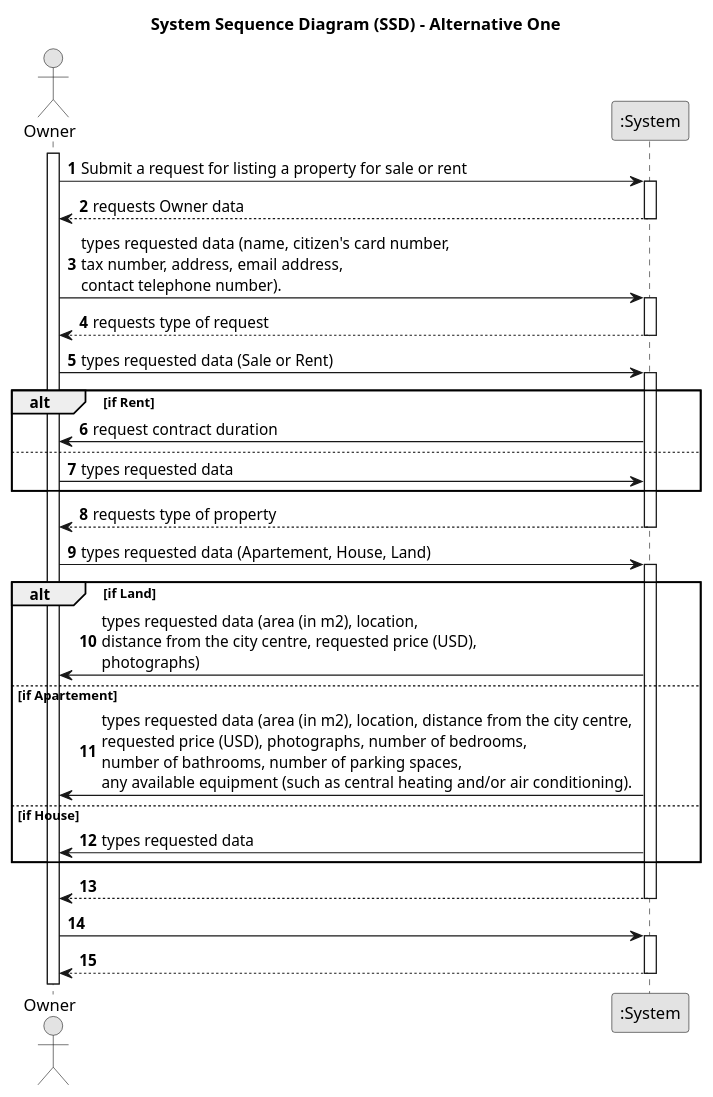
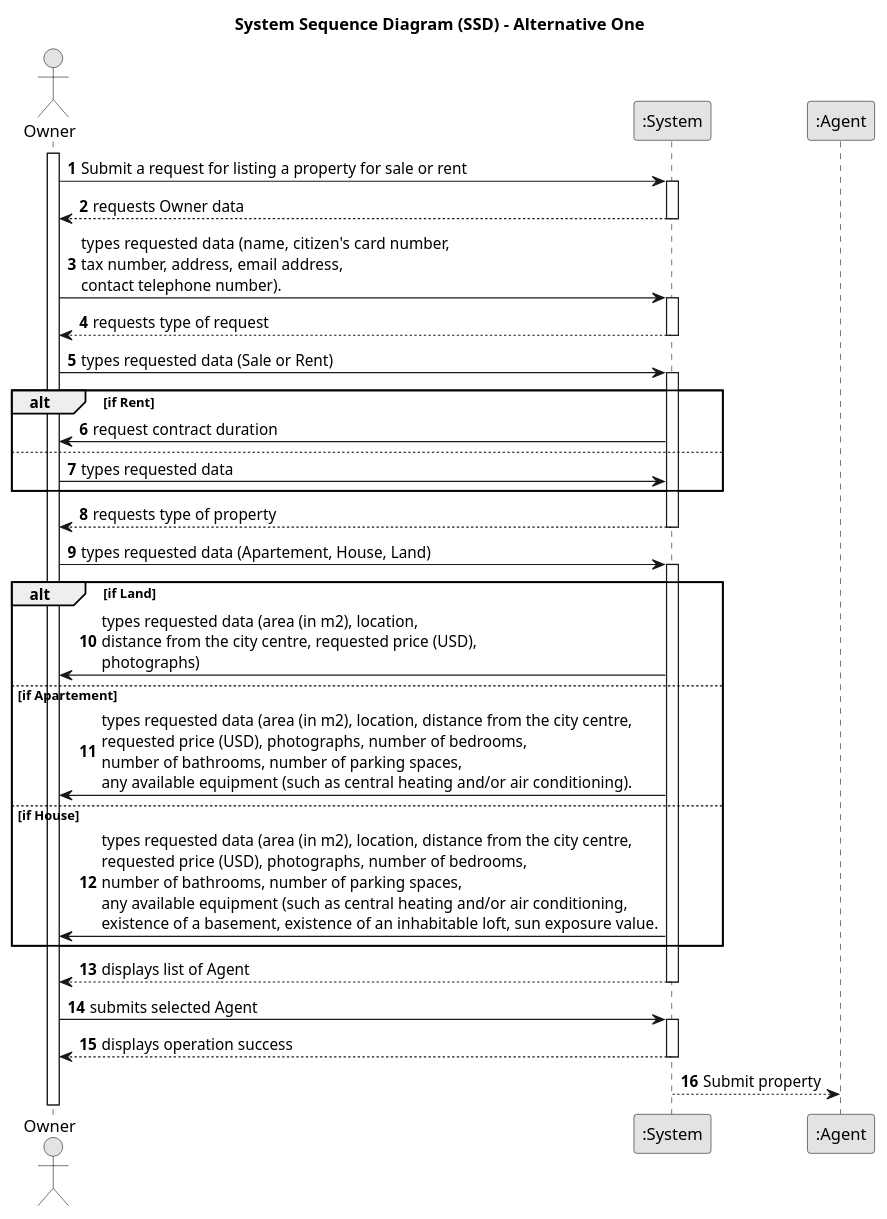
The diagram in docs/sprintA/us004/01.requirements-engineering/puml/us004-system-sequence-diagram-alternative-one.puml (Goncalves2525/real-estate-management-system), drawn with PlantUML before and after one commit.

Commit message:
us004 - SSD update

```diff
--- a/docs/sprintA/us004/01.requirements-engineering/puml/us004-system-sequence-diagram-alternative-one.puml
+++ b/docs/sprintA/us004/01.requirements-engineering/puml/us004-system-sequence-diagram-alternative-one.puml
@@ -1,65 +1,67 @@
 @startuml
 skinparam monochrome true
 skinparam packageStyle rectangle
 skinparam shadowing false
 
 title System Sequence Diagram (SSD) - Alternative One
 
 autonumber
 
 actor "Owner" as Owner
 participant ":System" as System
+participant ":Agent" as Agent
 
 activate Owner
 
-    Owner -> System : Submit a request for listing a property for sale or rent
+        Owner -> System : Submit a request for listing a property for sale or rent
     activate System
 
         System --> Owner : requests Owner data
     deactivate System
 
-    Owner -> System : types requested data (name, citizen's card number, \ntax number, address, email address, \ncontact telephone number).
+        Owner -> System : types requested data (name, citizen's card number, \ntax number, address, email address, \ncontact telephone number).
     activate System
 
         System --> Owner : requests type of request
     deactivate System
 
 
-    Owner -> System : types requested data (Sale or Rent)
+        Owner -> System : types requested data (Sale or Rent)
     activate System
 
 
     alt if Rent
 
         System -> Owner: request contract duration
     else
         Owner -> System: types requested data
     end
 
         System --> Owner : requests type of property
     deactivate System
 
-    Owner -> System : types requested data (Apartement, House, Land)
-        activate System
+        Owner -> System : types requested data (Apartement, House, Land)
+    activate System
 
     alt if Land
 
         System -> Owner: types requested data (area (in m2), location, \ndistance from the city centre, requested price (USD), \nphotographs)
     else if Apartement
         System -> Owner: types requested data (area (in m2), location, distance from the city centre, \nrequested price (USD), photographs, number of bedrooms,\nnumber of bathrooms, number of parking spaces,\nany available equipment (such as central heating and/or air conditioning).
     else if House
-        System -> Owner: types requested data
+        System -> Owner: types requested data (area (in m2), location, distance from the city centre, \nrequested price (USD), photographs, number of bedrooms,\nnumber of bathrooms, number of parking spaces,\nany available equipment (such as central heating and/or air conditioning, \nexistence of a basement, existence of an inhabitable loft, sun exposure value.
     end
 
+        System --> Owner :displays list of Agent
+    deactivate System
 
-            System --> Owner :
-        deactivate System
-
-    Owner -> System :
+        Owner -> System : submits selected Agent
     activate System
 
-            System --> Owner :
-        deactivate System
+        System --> Owner : displays operation success
+    deactivate System
 
+        System --> Agent : Submit property
+    deactivate System
 
 @enduml
```
